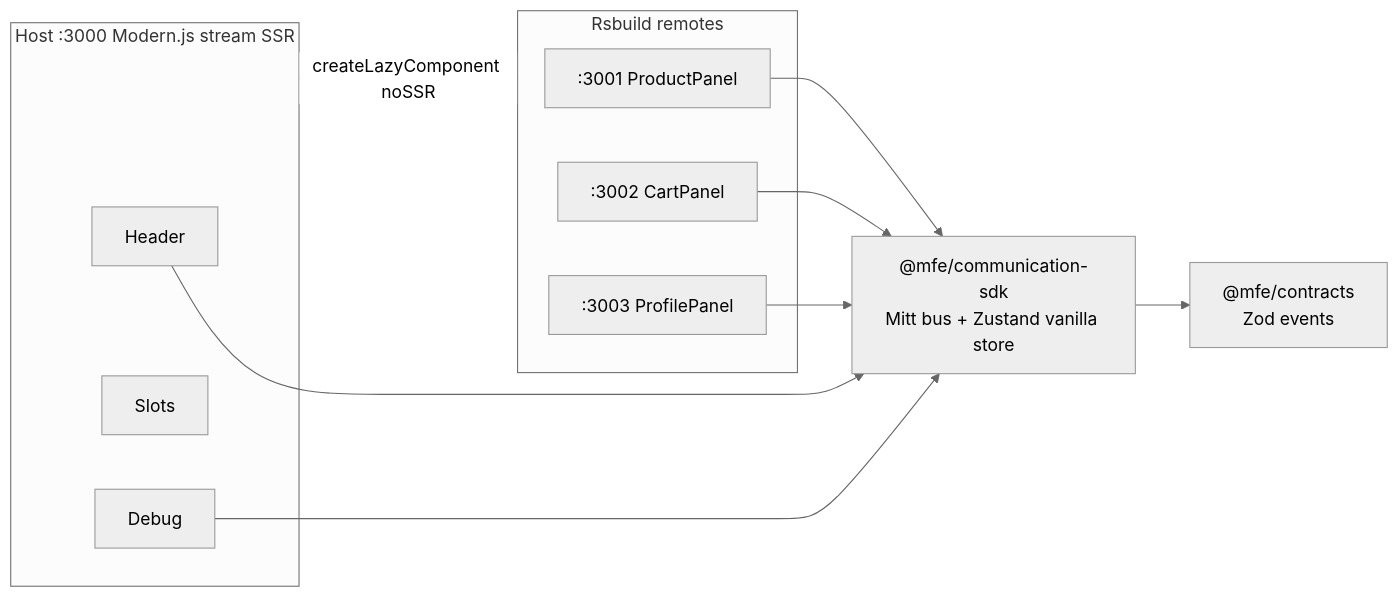
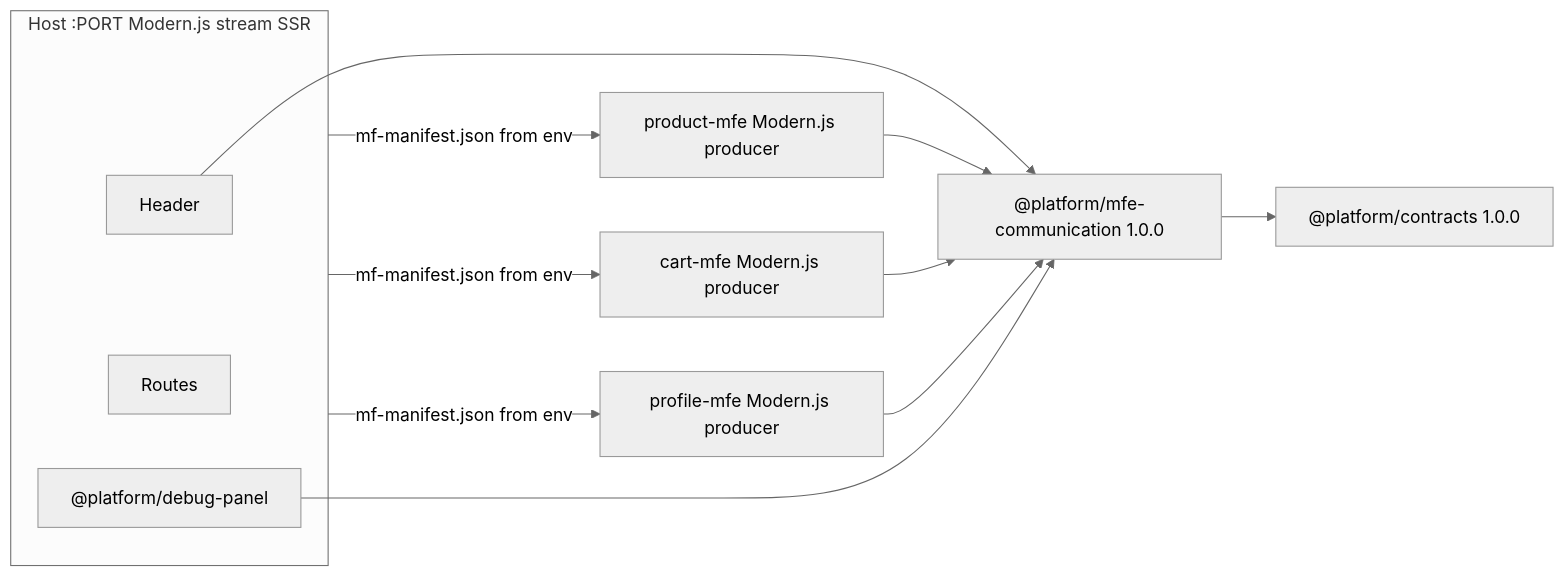
The diagram in docs/architecture.md (zestzero/mfe-communication-poc), drawn with Mermaid (neutral theme) before and after one commit. The commit also changed other lines of this file and 139 other files, not shown here.

````diff
--- a/docs/architecture.md
+++ b/docs/architecture.md
@@ -5,22 +5,22 @@
 ```mermaid
 flowchart LR
-  subgraph hostApp [Host :3000 Modern.js stream SSR]
+  subgraph hostApp ["Host :PORT Modern.js stream SSR"]
     Header
-    Slots
-    Debug
+    Routes
+    Debug["@platform/debug-panel"]
   end
-  subgraph remotes [Rsbuild remotes]
-    Product[:3001 ProductPanel]
-    Cart[:3002 CartPanel]
-    Profile[:3003 ProfilePanel]
-  end
-  SDK["@mfe/communication-sdk\nMitt bus + Zustand vanilla store"]
-  Contracts["@mfe/contracts\nZod events"]
-  hostApp -->|createLazyComponent noSSR| remotes
+  Product["product-mfe Modern.js producer"]
+  Cart["cart-mfe Modern.js producer"]
+  Profile["profile-mfe Modern.js producer"]
+  SDK["@platform/mfe-communication 1.0.0"]
+  Contracts["@platform/contracts 1.0.0"]
+  hostApp -->|mf-manifest.json from env| Product
+  hostApp -->|mf-manifest.json from env| Cart
+  hostApp -->|mf-manifest.json from env| Profile
+  Header --> SDK
+  Debug --> SDK
   Product --> SDK
   Cart --> SDK
   Profile --> SDK
-  Header --> SDK
-  Debug --> SDK
   SDK --> Contracts
 ```
````
